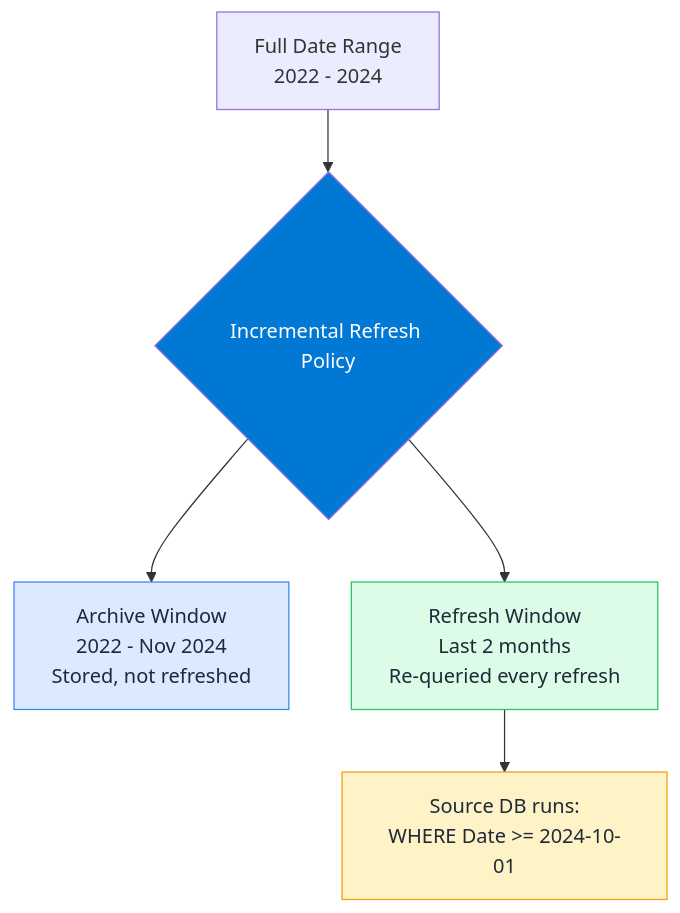
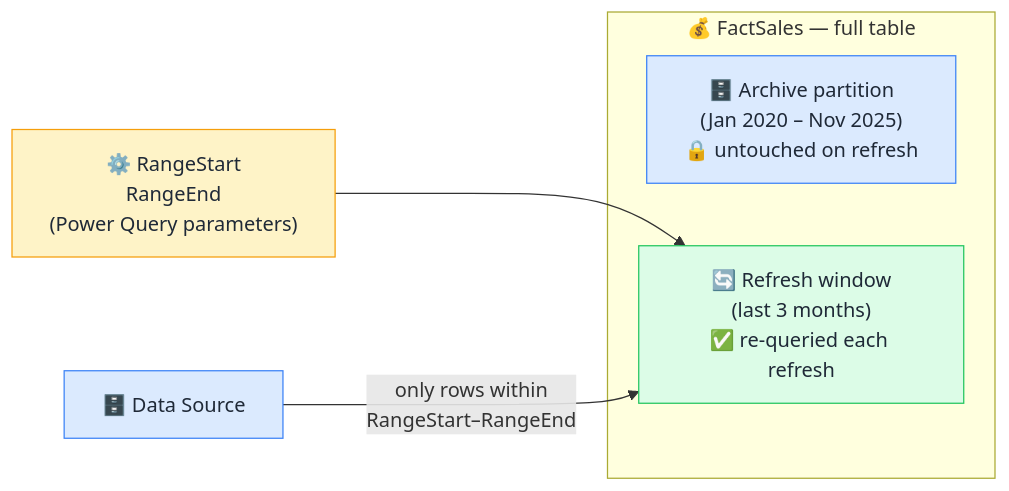
Before and after one commit to behnia137/power-bi-data-modeling-visual: the diagram in concepts/incremental-refresh.md, drawn with Mermaid. The commit also changed other lines of this file and 19 other files, not shown here.

````diff
--- a/concepts/incremental-refresh.md
+++ b/concepts/incremental-refresh.md
@@ -9,12 +7,17 @@
 ```mermaid
-flowchart TD
-    A[Full Date Range\n2022 - 2024] --> B{Incremental Refresh Policy}
-    B --> C[Archive Window\n2022 - Nov 2024\nStored, not refreshed]
-    B --> D[Refresh Window\nLast 2 months\nRe-queried every refresh]
-    D --> E[Source DB runs:\nWHERE Date >= 2024-10-01]
+flowchart LR
+    subgraph Table["💰 FactSales — full table"]
+        Archive["🗄️ Archive partition\n(Jan 2020 – Nov 2025)\n🔒 untouched on refresh"]
+        Refresh["🔄 Refresh window\n(last 3 months)\n✅ re-queried each refresh"]
+    end
+    Params["⚙️ RangeStart\nRangeEnd\n(Power Query parameters)"]
+    Source["🗄️ Data Source"]
 
-    style B fill:#0078d4,color:#fff
-    style C fill:#dbeafe,stroke:#3b82f6,color:#1f2937
-    style D fill:#dcfce7,stroke:#22c55e,color:#1f2937
-    style E fill:#fef3c7,stroke:#f59e0b,color:#1f2937
+    Params --> Refresh
+    Source -->|"only rows within\nRangeStart–RangeEnd"| Refresh
+
+    style Archive fill:#dbeafe,stroke:#3b82f6,color:#1f2937
+    style Refresh fill:#dcfce7,stroke:#22c55e,color:#1f2937
+    style Params fill:#fef3c7,stroke:#f59e0b,color:#1f2937
+    style Source fill:#dbeafe,stroke:#3b82f6,color:#1f2937
 ```
````
